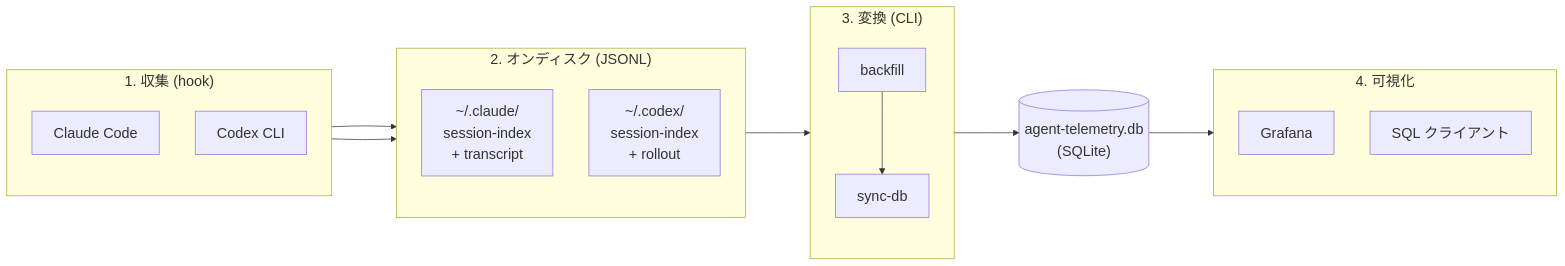
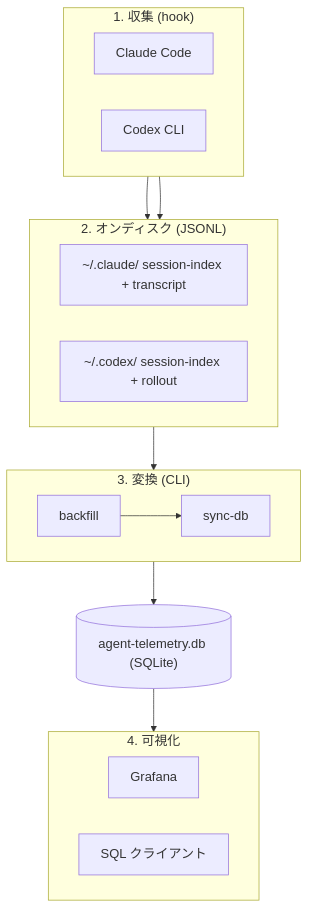
The diagram in site/content/explain/architecture/index.md (ishii1648/hitl-metrics), drawn with Mermaid before and after one commit.

Commit message:
docs(site): revert architecture diagram to TB direction with horizontal subgraphs
intent(mermaid-rendering): user preferred the original vertical (TB) flow over the LR layout — the new layout collapsed the diagram to fit the page width but lost the "reads top-to-bottom like a pipeline" feel
constraint(node-text-wrapping): LR subgraphs need shorter node labels — switched "~/.claude/<br/>session-index<br/>+ transcript" back to single-line "~/.claude/ session-index + transcript" so nodes don't grow vertically inside an already-horizontal subgraph

````diff
--- a/site/content/explain/architecture/index.md
+++ b/site/content/explain/architecture/index.md
@@ -10,36 +10,36 @@
 ```mermaid
-%%{init: {'flowchart': {'nodeSpacing': 50, 'rankSpacing': 90}, 'themeVariables': {'fontSize': '20px'}}}%%
-flowchart LR
+%%{init: {'flowchart': {'nodeSpacing': 50, 'rankSpacing': 60}, 'themeVariables': {'fontSize': '18px'}}}%%
+flowchart TB
     subgraph hooks["1. 収集 (hook)"]
-        direction TB
+        direction LR
         CC["Claude Code"]
         CX["Codex CLI"]
     end
 
     subgraph state["2. オンディスク (JSONL)"]
-        direction TB
-        CCJ["~/.claude/<br/>session-index<br/>+ transcript"]
-        CXJ["~/.codex/<br/>session-index<br/>+ rollout"]
+        direction LR
+        CCJ["~/.claude/ session-index + transcript"]
+        CXJ["~/.codex/ session-index + rollout"]
     end
 
     subgraph cli["3. 変換 (CLI)"]
-        direction TB
+        direction LR
         BF["backfill"]
         SD["sync-db"]
         BF --> SD
     end
 
-    DB[("agent-telemetry.db<br/>(SQLite)")]
+    DB[("agent-telemetry.db (SQLite)")]
 
     subgraph viz["4. 可視化"]
-        direction TB
+        direction LR
         GR["Grafana"]
         SQL["SQL クライアント"]
     end
 
     CC --> CCJ
     CX --> CXJ
     state --> cli
     cli --> DB
     DB --> viz
 ```
````
